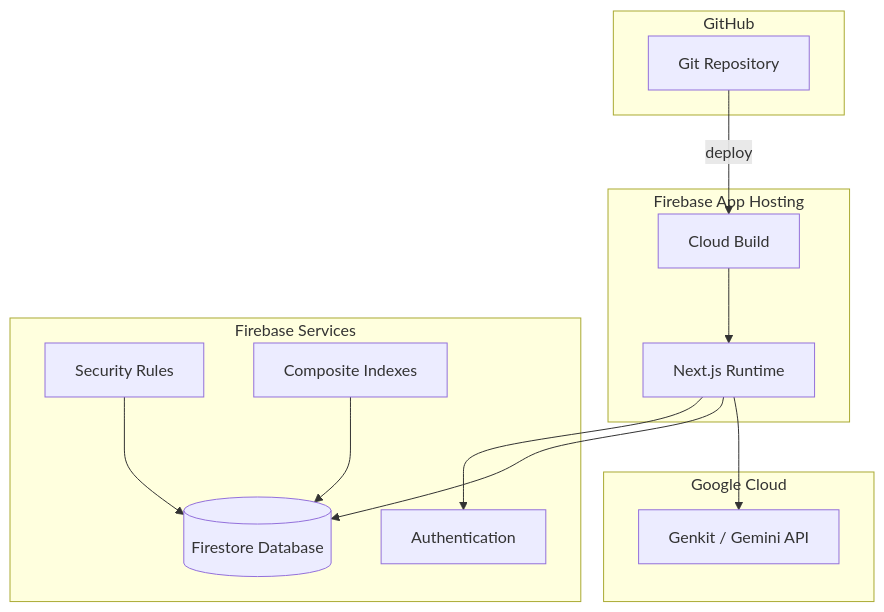
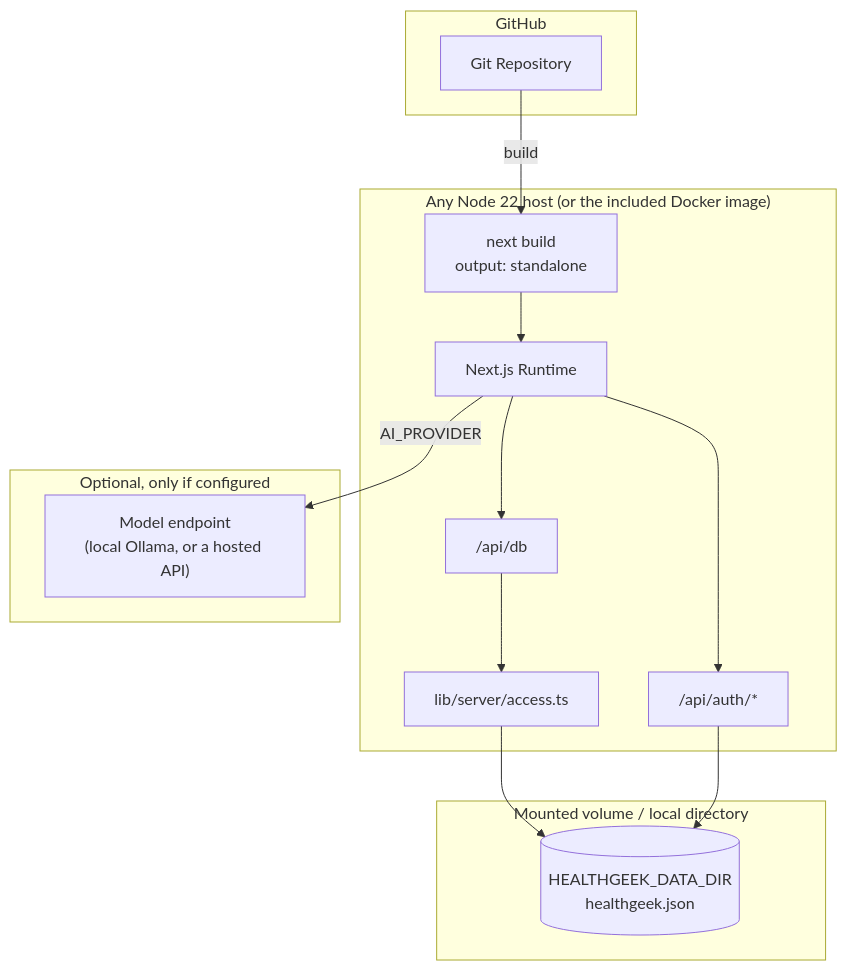
One commit to knotking/healthgeek changed the fifth of 7 diagrams in docs/architecture/README.md. Above: the diagram before and after it, drawn with Mermaid. The commit also changed other lines of this file and 67 other files, not shown here.

````diff
--- a/docs/architecture/README.md
+++ b/docs/architecture/README.md
@@ -199,30 +216,31 @@
 ```mermaid
 graph TB
     subgraph GitHub
         Repo[Git Repository]
     end
 
-    subgraph FirebaseHosting ["Firebase App Hosting"]
-        Build[Cloud Build]
+    subgraph Host ["Any Node 22 host (or the included Docker image)"]
+        Build["next build<br/>output: standalone"]
         Runtime[Next.js Runtime]
+        AuthRoutes["/api/auth/*"]
+        DbRoute["/api/db"]
+        AccessRules["lib/server/access.ts"]
     end
 
-    subgraph FirebaseServices ["Firebase Services"]
-        AuthService[Authentication]
-        FirestoreDB[(Firestore Database)]
-        Rules[Security Rules]
-        Indexes[Composite Indexes]
+    subgraph Disk ["Mounted volume / local directory"]
+        StoreFile[("HEALTHGEEK_DATA_DIR<br/>healthgeek.json")]
     end
 
-    subgraph GoogleCloud ["Google Cloud"]
-        GenkitAI[Genkit / Gemini API]
+    subgraph External ["Optional, only if configured"]
+        Provider["Model endpoint<br/>(local Ollama, or a hosted API)"]
     end
 
-    Repo -->|deploy| Build
+    Repo -->|build| Build
     Build --> Runtime
-    Runtime --> AuthService
-    Runtime --> FirestoreDB
-    Rules --> FirestoreDB
-    Indexes --> FirestoreDB
-    Runtime --> GenkitAI
+    Runtime --> AuthRoutes
+    Runtime --> DbRoute
+    DbRoute --> AccessRules
+    AccessRules --> StoreFile
+    AuthRoutes --> StoreFile
+    Runtime -->|AI_PROVIDER| Provider
 ```
````
